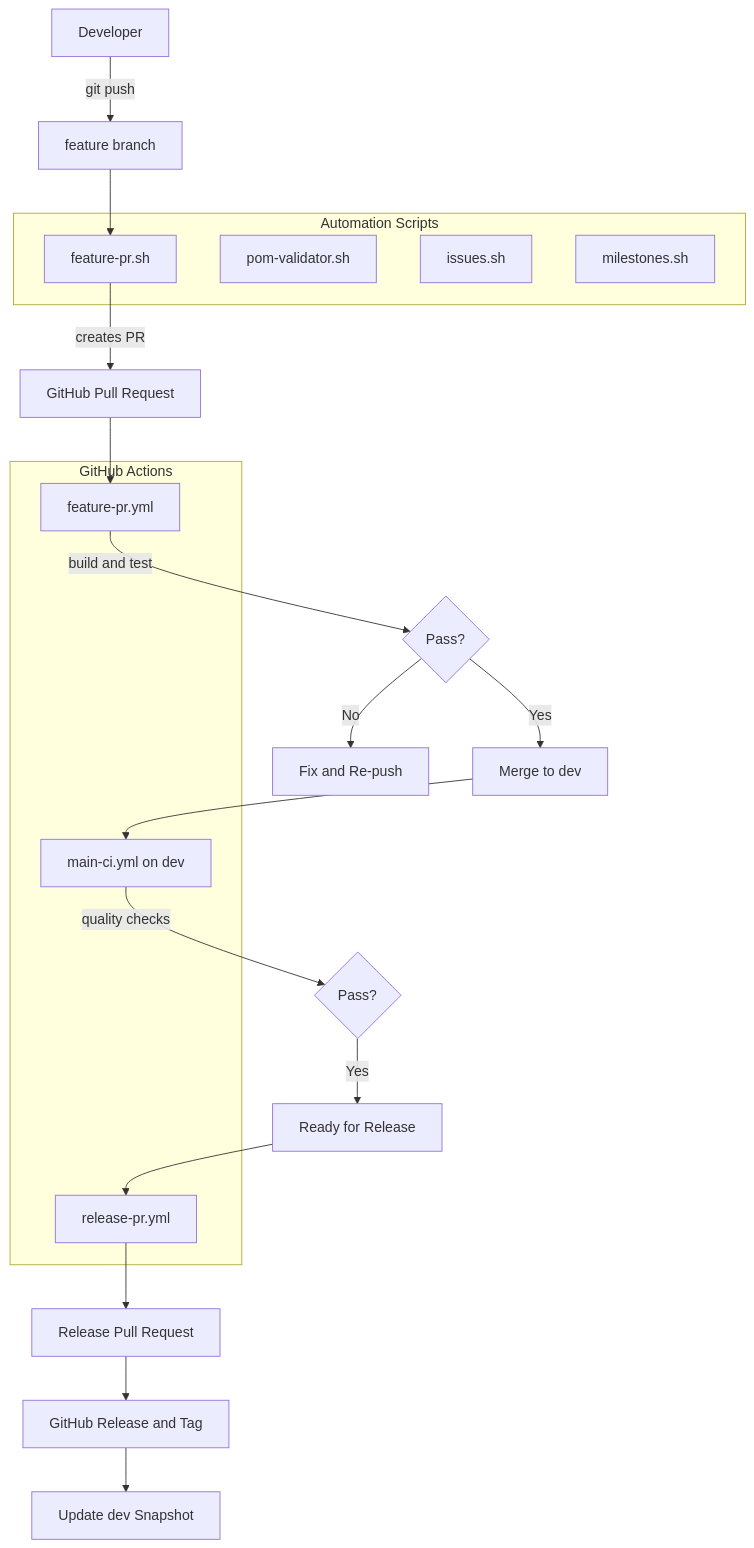
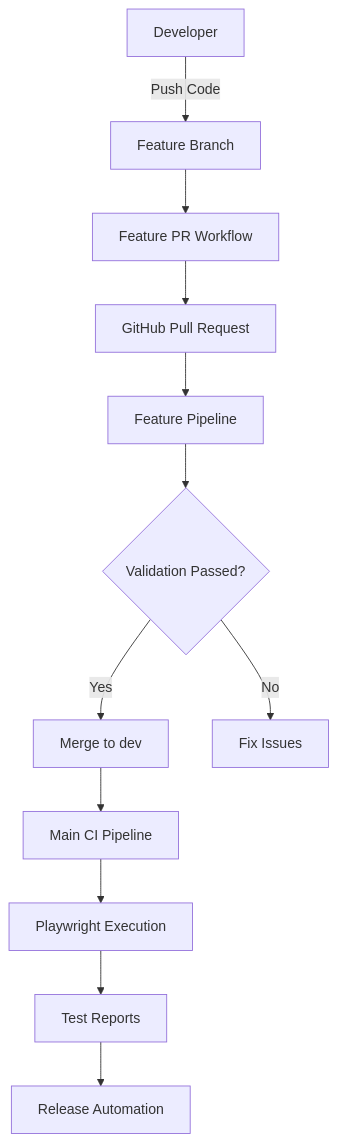
One commit to opencode-qa/hybrid-framework changed the first of 9 diagrams in README.md. Above: the diagram before and after it, drawn with Mermaid. The commit also changed other lines of this file and 7 other files, not shown here.

First line of the commit message:
🎯 v0.1.0: First Playwright Execution Layer (#15)

````diff
--- a/README.md
+++ b/README.md
@@ -92,44 +135,25 @@
 ```mermaid
 graph TD
 
-    A[Developer] -->|git push| B[feature branch]
+    A[Developer] -->|Push Code| B[Feature Branch]
 
-    B --> C[feature-pr.sh]
+    B --> C[Feature PR Workflow]
 
-    C -->|creates PR| D[GitHub Pull Request]
+    C --> D[GitHub Pull Request]
 
-    D --> E[feature-pr.yml]
+    D --> E[Feature Pipeline]
 
-    E -->|build and test| F{Pass?}
+    E --> F{Validation Passed?}
 
     F -->|Yes| G[Merge to dev]
 
-    F -->|No| H[Fix and Re-push]
+    F -->|No| H[Fix Issues]
 
-    G --> I[main-ci.yml on dev]
+    G --> I[Main CI Pipeline]
 
-    I -->|quality checks| J{Pass?}
+    I --> J[Playwright Execution]
 
-    J -->|Yes| K[Ready for Release]
+    J --> K[Test Reports]
 
-    K --> L[release-pr.yml]
-
-    L --> M[Release Pull Request]
-
-    M --> N[GitHub Release and Tag]
-
-    N --> O[Update dev Snapshot]
-
-    subgraph Automation Scripts
-        C
-        P[pom-validator.sh]
-        Q[issues.sh]
-        R[milestones.sh]
-    end
-
-    subgraph GitHub Actions
-        E
-        I
-        L
-    end
+    K --> L[Release Automation]
 ```
````
